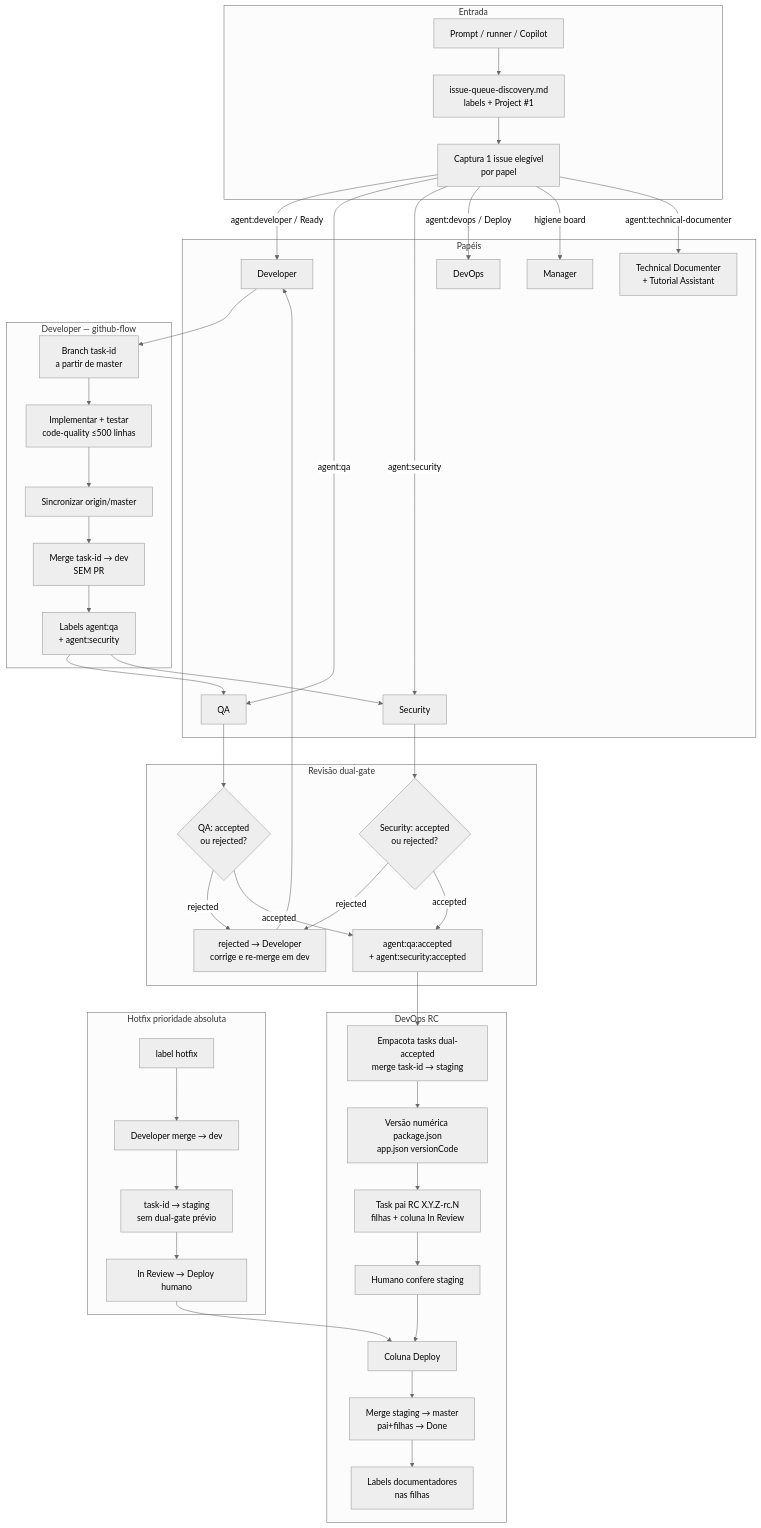
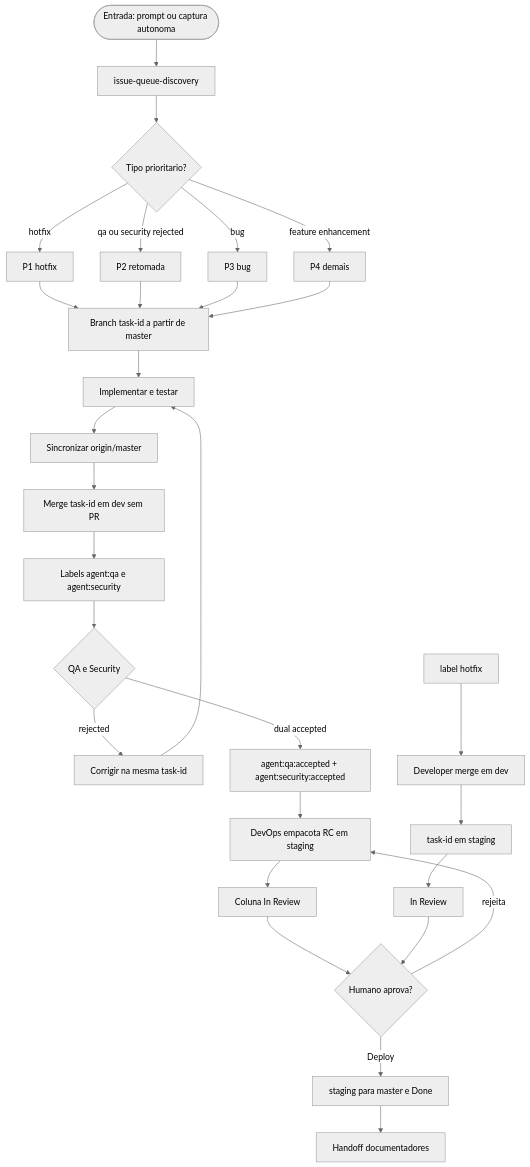
Before and after one commit to ControleOnline/app-community: the diagram in docs/flowcharts/agents-mcp-workflow.mmd, drawn with Mermaid (neutral theme). The commit also changed 1 other file, not shown here.

Commit message:
fix(flowcharts): repair agents-mcp-workflow Mermaid (#312)
Published diagram was broken in admin render:
- admin tenant id=5 started with markdown fences (```mermaid)
- production id=2 used heavy subgraphs/HTML br that failed parser

Replace with a linear flowchart TD without fences, subgraphs or HTML
breaks. Republished on admin/api/app tenants via flowKey agents-mcp-workflow.

```diff
--- a/docs/flowcharts/agents-mcp-workflow.mmd
+++ b/docs/flowcharts/agents-mcp-workflow.mmd
@@ -1,70 +1,29 @@
 flowchart TD
-  subgraph Entry["Entrada"]
-    Prompt["Prompt / runner / Copilot"]
-    Discover["issue-queue-discovery.md<br/>labels + Project #1"]
-    Capture["Captura 1 issue elegível<br/>por papel"]
-  end
-
-  subgraph Roles["Papéis"]
-    Dev["Developer"]
-    QA["QA"]
-    Sec["Security"]
-    DevOps["DevOps"]
-    Mgr["Manager"]
-    Docs["Technical Documenter<br/>+ Tutorial Assistant"]
-  end
-
-  subgraph DevFlow["Developer — github-flow"]
-    Branch["Branch task-id<br/>a partir de master"]
-    Impl["Implementar + testar<br/>code-quality ≤500 linhas"]
-    Sync["Sincronizar origin/master"]
-    MergeDev["Merge task-id → dev<br/>SEM PR"]
-    Handoff["Labels agent:qa<br/>+ agent:security"]
-  end
-
-  subgraph Review["Revisão dual-gate"]
-    QADecide{"QA: accepted<br/>ou rejected?"}
-    SecDecide{"Security: accepted<br/>ou rejected?"}
-    Reject["rejected → Developer<br/>corrige e re-merge em dev"]
-    DualOK["agent:qa:accepted<br/>+ agent:security:accepted"]
-  end
-
-  subgraph RC["DevOps RC"]
-    Pack["Empacota tasks dual-accepted<br/>merge task-id → staging"]
-    Semver["Versão numérica package.json<br/>app.json versionCode"]
-    Parent["Task pai RC X.Y.Z-rc.N<br/>filhas + coluna In Review"]
-    Human["Humano confere staging"]
-    DeployCol["Coluna Deploy"]
-    ToMaster["Merge staging → master<br/>pai+filhas → Done"]
-    DocHandoff["Labels documentadores<br/>nas filhas"]
-  end
-
-  subgraph Hotfix["Hotfix prioridade absoluta"]
-    HF["label hotfix"]
-    HFDev["Developer merge → dev"]
-    HFStg["task-id → staging<br/>sem dual-gate prévio"]
-    HFReview["In Review → Deploy humano"]
-  end
-
-  Prompt --> Discover --> Capture
-  Capture -->|agent:developer / Ready| Dev
-  Capture -->|agent:qa| QA
-  Capture -->|agent:security| Sec
-  Capture -->|agent:devops / Deploy| DevOps
-  Capture -->|higiene board| Mgr
-  Capture -->|agent:technical-documenter| Docs
-
-  Dev --> Branch --> Impl --> Sync --> MergeDev --> Handoff
-  Handoff --> QA
-  Handoff --> Sec
-  QA --> QADecide
-  Sec --> SecDecide
-  QADecide -->|rejected| Reject
-  SecDecide -->|rejected| Reject
-  Reject --> Dev
-  QADecide -->|accepted| DualOK
-  SecDecide -->|accepted| DualOK
-  DualOK --> Pack
-  Pack --> Semver --> Parent --> Human --> DeployCol --> ToMaster --> DocHandoff
-
-  HF --> HFDev --> HFStg --> HFReview --> DeployCol
+  Start([Entrada: prompt ou captura autonoma]) --> Discover[issue-queue-discovery]
+  Discover --> Type{Tipo prioritario?}
+  Type -->|hotfix| P1[P1 hotfix]
+  Type -->|qa ou security rejected| P2[P2 retomada]
+  Type -->|bug| P3[P3 bug]
+  Type -->|feature enhancement| P4[P4 demais]
+  P1 --> Branch
+  P2 --> Branch
+  P3 --> Branch
+  P4 --> Branch
+  Branch[Branch task-id a partir de master] --> Impl[Implementar e testar]
+  Impl --> Sync[Sincronizar origin/master]
+  Sync --> MergeDev[Merge task-id em dev sem PR]
+  MergeDev --> Handoff[Labels agent:qa e agent:security]
+  Handoff --> Review{QA e Security}
+  Review -->|rejected| Fix[Corrigir na mesma task-id]
+  Fix --> Impl
+  Review -->|dual accepted| Dual[agent:qa:accepted + agent:security:accepted]
+  Dual --> Pack[DevOps empacota RC em staging]
+  Pack --> InReview[Coluna In Review]
+  InReview --> Human{Humano aprova?}
+  Human -->|Deploy| Publish[staging para master e Done]
+  Human -->|rejeita| Pack
+  Publish --> Docs[Handoff documentadores]
+  HF[label hotfix] --> HFDev[Developer merge em dev]
+  HFDev --> HFStg[task-id em staging]
+  HFStg --> HFReview[In Review]
+  HFReview --> Human
```
